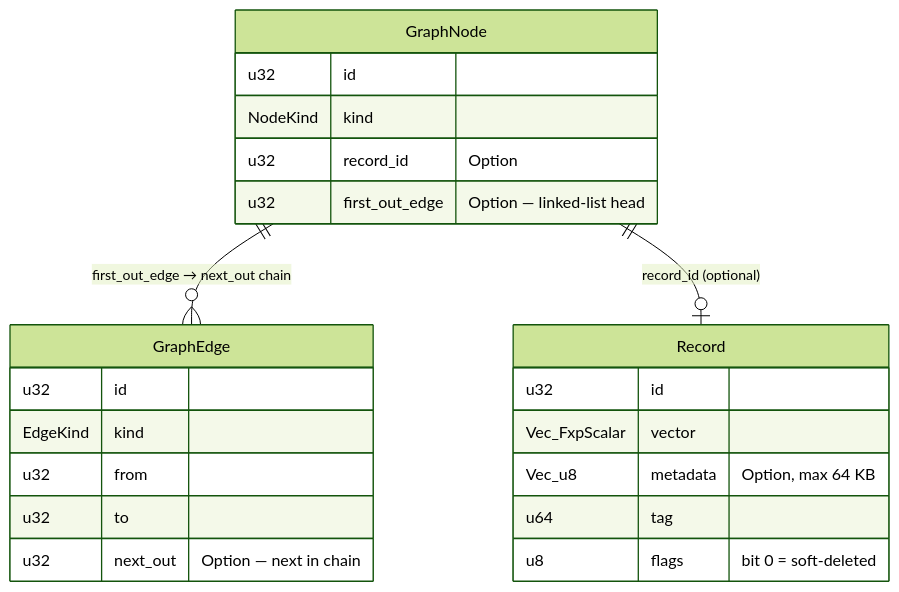
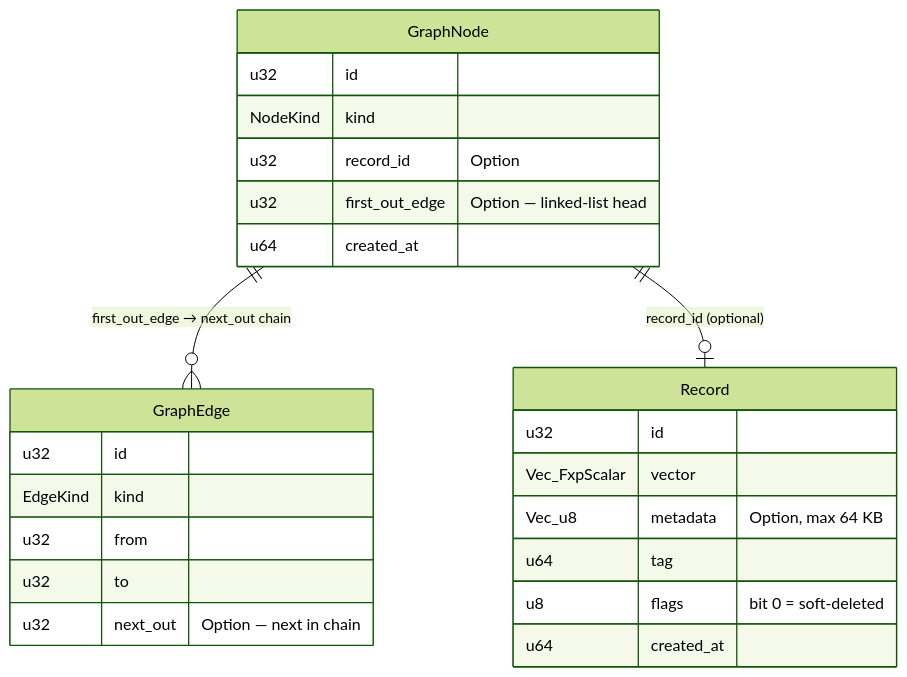
One commit to varshith-Git/Valori-Kernel changed the third of 7 diagrams in architecture.md. Above: the diagram before and after it, drawn with Mermaid (forest theme). The commit also changed other lines of this file and 29 other files, not shown here.

````diff
--- a/architecture.md
+++ b/architecture.md
@@ -427,25 +536,27 @@
 ```mermaid
 erDiagram
     GraphNode {
         u32     id
         NodeKind kind
         u32     record_id   "Option"
         u32     first_out_edge "Option — linked-list head"
+        u64     created_at
     }
     GraphEdge {
         u32      id
         EdgeKind kind
         u32      from
         u32      to
         u32      next_out    "Option — next in chain"
     }
     Record {
         u32        id
         Vec_FxpScalar vector
         Vec_u8     metadata  "Option, max 64 KB"
         u64        tag
         u8         flags     "bit 0 = soft-deleted"
+        u64        created_at
     }
     GraphNode ||--o{ GraphEdge : "first_out_edge → next_out chain"
     GraphNode ||--o| Record    : "record_id (optional)"
 ```
````
